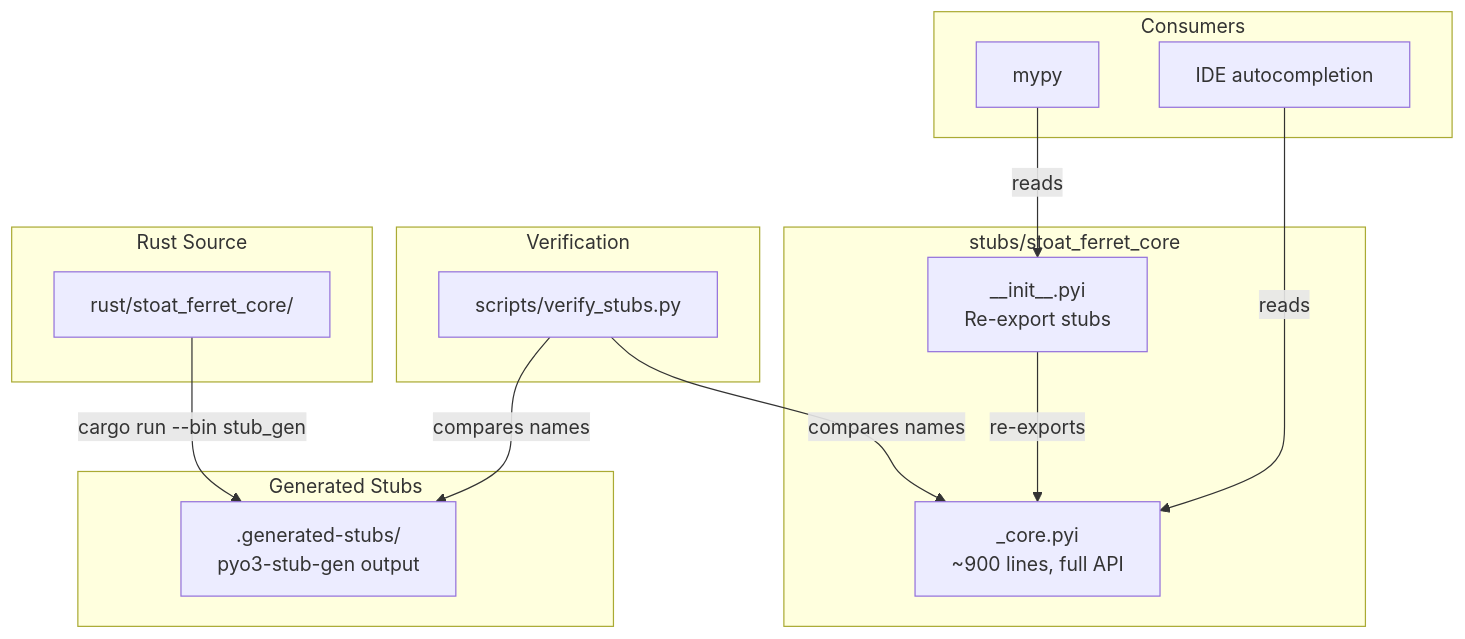
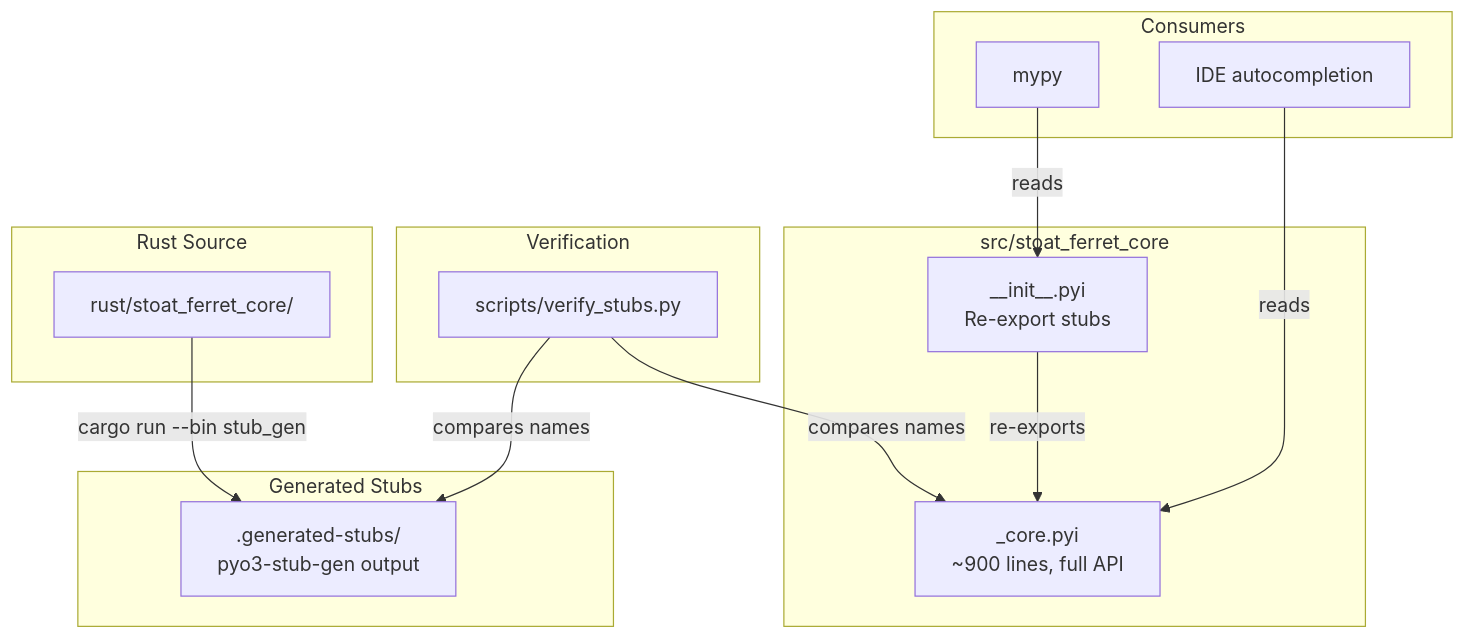
One commit to gwickman/stoat-and-ferret changed the diagram in docs/C4-Documentation/c4-code-stubs-stoat-ferret-core.md. Above: the diagram before and after it, drawn with Mermaid. The commit also changed other lines of this file and 7 other files, not shown here.

First line of the commit message:
fix: update stubs/ directory references to src/ (v041 consolidation) (#321)

````diff
--- a/docs/C4-Documentation/c4-code-stubs-stoat-ferret-core.md
+++ b/docs/C4-Documentation/c4-code-stubs-stoat-ferret-core.md
@@ -80,32 +80,32 @@
 ```mermaid
 graph TD
-    subgraph "stubs/stoat_ferret_core"
+    subgraph "src/stoat_ferret_core"
         INIT_PYI["__init__.pyi<br/>Re-export stubs"]
         CORE_PYI["_core.pyi<br/>~900 lines, full API"]
     end
 
     subgraph "Rust Source"
         RUST_SRC["rust/stoat_ferret_core/"]
     end
 
     subgraph "Generated Stubs"
         GEN_STUBS[".generated-stubs/<br/>pyo3-stub-gen output"]
     end
 
     subgraph "Verification"
         VERIFY["scripts/verify_stubs.py"]
     end
 
     RUST_SRC -->|"cargo run --bin stub_gen"| GEN_STUBS
     VERIFY -->|"compares names"| GEN_STUBS
     VERIFY -->|"compares names"| CORE_PYI
     INIT_PYI -->|"re-exports"| CORE_PYI
 
     subgraph "Consumers"
         MYPY["mypy"]
         IDE["IDE autocompletion"]
     end
 
     MYPY -->|"reads"| INIT_PYI
     IDE -->|"reads"| CORE_PYI
 ```
````
